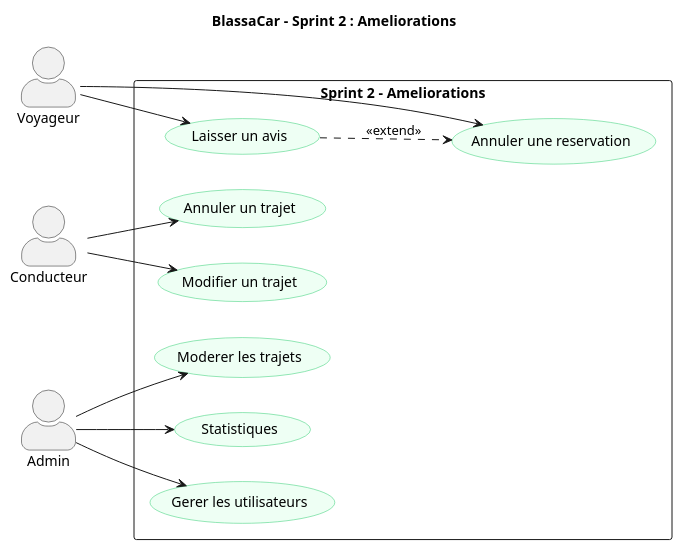
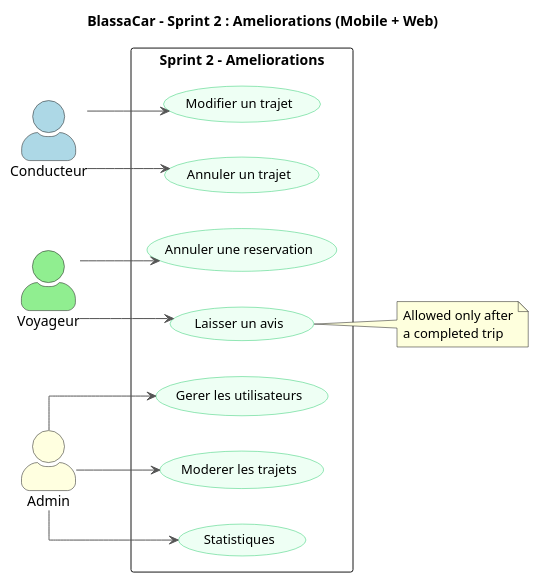
Before and after one commit to ayoub21dev/BlassaCar: the diagram in Analyse/cas_uitilisation/cas_utilisation-sprints/Sprint2.puml, drawn with PlantUML. The commit also changed 7 other files, not shown here.

```diff
--- a/Analyse/cas_uitilisation/cas_utilisation-sprints/Sprint2.puml
+++ b/Analyse/cas_uitilisation/cas_utilisation-sprints/Sprint2.puml
@@ -1,38 +1,47 @@
 @startuml Sprint2
+left to right direction
 
-left to right direction
 skinparam actorStyle awesome
 skinparam usecase {
   BackgroundColor #EEFFF4
   BorderColor #2ECC71
+  FontSize 13
 }
+skinparam ArrowColor #555555
+skinparam ArrowFontSize 11
+skinparam linetype ortho
 
-title BlassaCar - Sprint 2 : Ameliorations
+title BlassaCar - Sprint 2 : Ameliorations (Mobile + Web)
 
-actor Conducteur as C
-actor Voyageur as V
-actor Admin as A
+actor "Conducteur" as C #lightblue
+actor "Voyageur"   as V #lightgreen
+actor "Admin"      as A #lightyellow
 
 rectangle "Sprint 2 - Ameliorations" {
   usecase "Modifier un trajet" as UC4
   usecase "Annuler un trajet" as UC5
+
   usecase "Annuler une reservation" as UC8
   usecase "Laisser un avis" as UC9
+
   usecase "Gerer les utilisateurs" as UC11
   usecase "Moderer les trajets" as UC12
   usecase "Statistiques" as UC13
 }
 
 C --> UC4
 C --> UC5
 
 V --> UC8
 V --> UC9
 
 A --> UC11
 A --> UC12
 A --> UC13
 
-UC9 ..> UC8 : <<extend>>
+note right of UC9
+Allowed only after
+a completed trip
+end note
 
 @enduml
```
